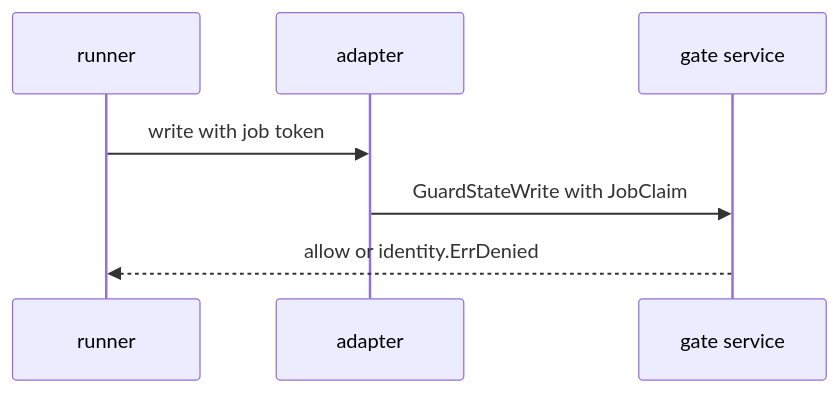
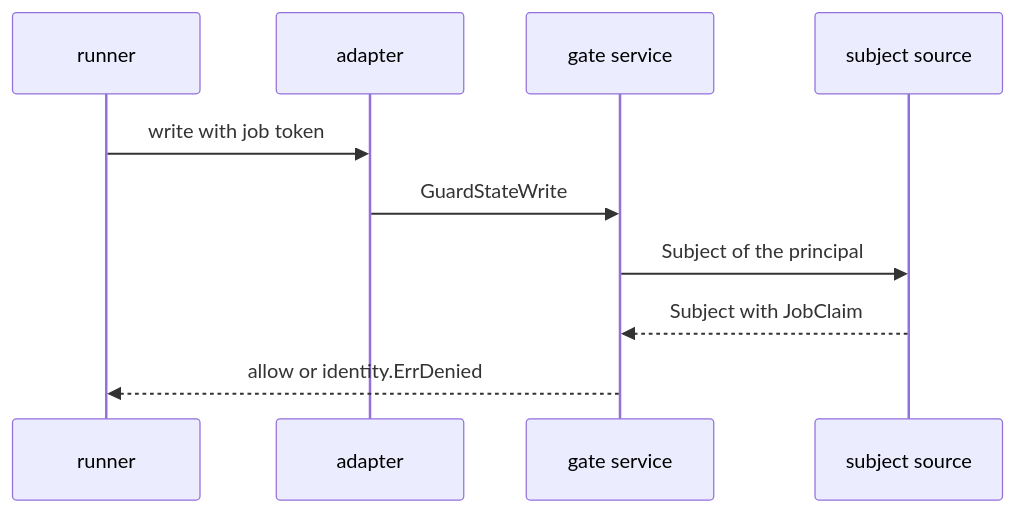
One commit to OpenDustpan/OpenDustpan changed the first of 3 diagrams in openspec/changes/job-token-rules-state-write/design.md. Above: the diagram before and after it, drawn with Mermaid. The commit also changed other lines of this file and 2 other files, not shown here.

First line of the commit message:
spec: job-token-rules-state-write resolves the job claim in the subject source

````diff
--- a/openspec/changes/job-token-rules-state-write/design.md
+++ b/openspec/changes/job-token-rules-state-write/design.md
@@ -29,9 +29,12 @@
 ```mermaid
 sequenceDiagram
 participant R as runner
 participant A as adapter
 participant G as gate service
+participant S as subject source
 R->>A: write with job token
-A->>G: GuardStateWrite with JobClaim
+A->>G: GuardStateWrite
+G->>S: Subject of the principal
+S-->>G: Subject with JobClaim
 G-->>R: allow or identity.ErrDenied
 ```
````
